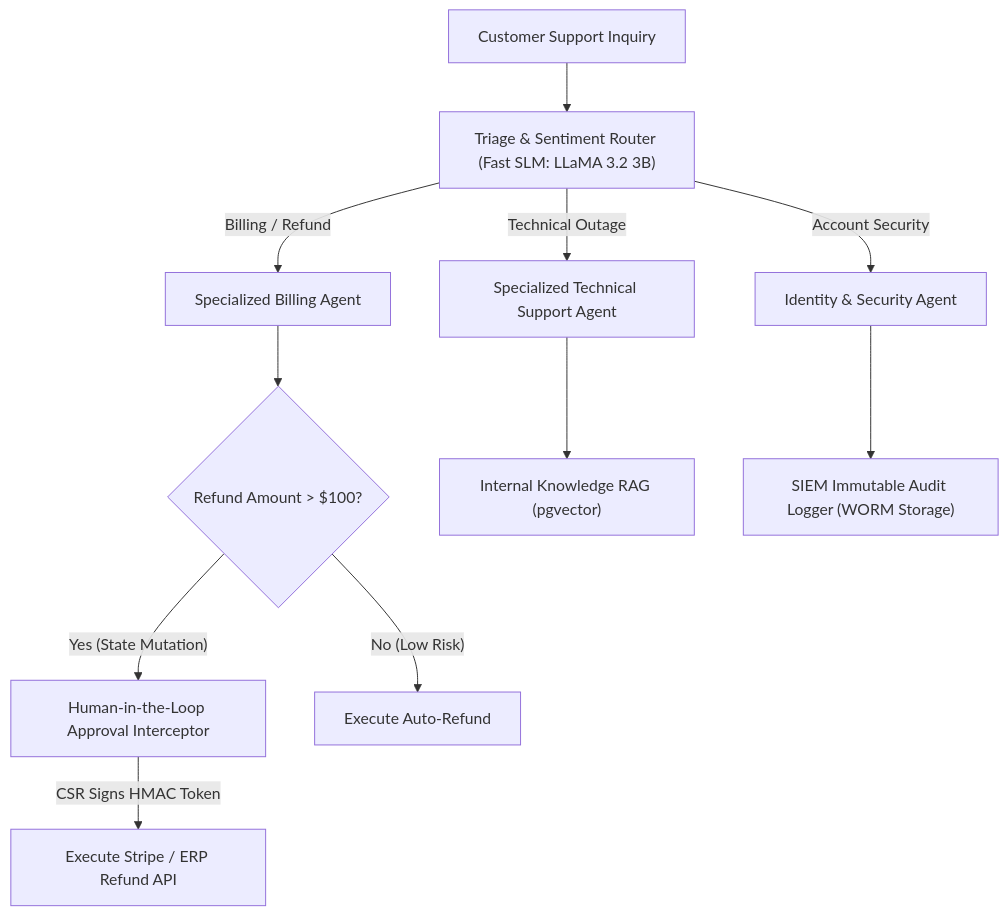
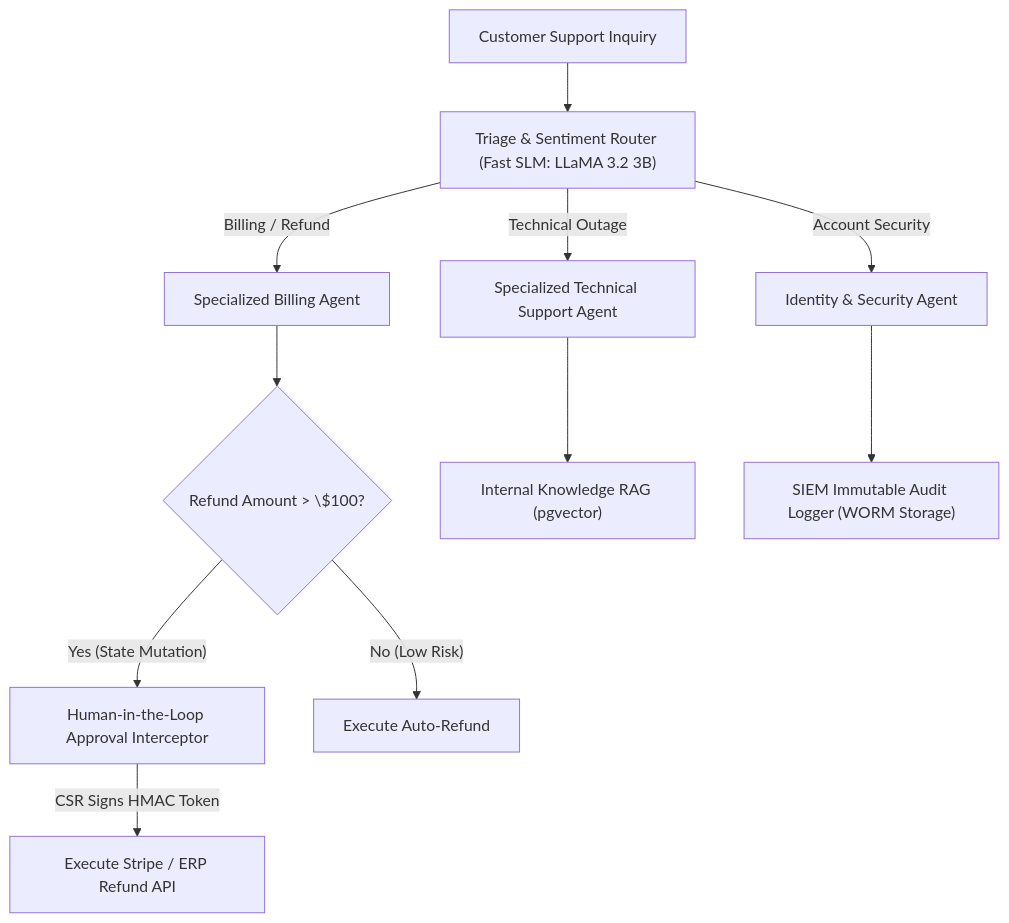
Before and after one commit to dip4k/senior-engineer-to-ai-engineer-roadmap: the fifth of 7 diagrams in interview/80-20-ai-interview-prep-sheet.md, drawn with Mermaid. The commit also changed other lines of this file and 2 other files, not shown here.

Commit message:
Fix formatting

````diff
--- a/interview/80-20-ai-interview-prep-sheet.md
+++ b/interview/80-20-ai-interview-prep-sheet.md
@@ -165,16 +165,16 @@
 ```mermaid
 flowchart TD
     UserMsg["Customer Support Inquiry"] --> TriageRouter["Triage & Sentiment Router (Fast SLM: LLaMA 3.2 3B)"]
     
     TriageRouter -->|"Billing / Refund"| BillingAgent["Specialized Billing Agent"]
     TriageRouter -->|"Technical Outage"| TechAgent["Specialized Technical Support Agent"]
     TriageRouter -->|"Account Security"| SecurityAgent["Identity & Security Agent"]
     
-    BillingAgent --> RefundAction{"Refund Amount > $100?"}
+    BillingAgent --> RefundAction{"Refund Amount > \$100?"}
     RefundAction -->|"Yes (State Mutation)"| HITLGate["Human-in-the-Loop Approval Interceptor"]
     HITLGate -->|"CSR Signs HMAC Token"| ExecuteRefund["Execute Stripe / ERP Refund API"]
     RefundAction -->|"No (Low Risk)"| AutoRefund["Execute Auto-Refund"]
     
     TechAgent --> KnowledgeBase["Internal Knowledge RAG (pgvector)"]
     SecurityAgent --> AuditTrail["SIEM Immutable Audit Logger (WORM Storage)"]
 ```
````
